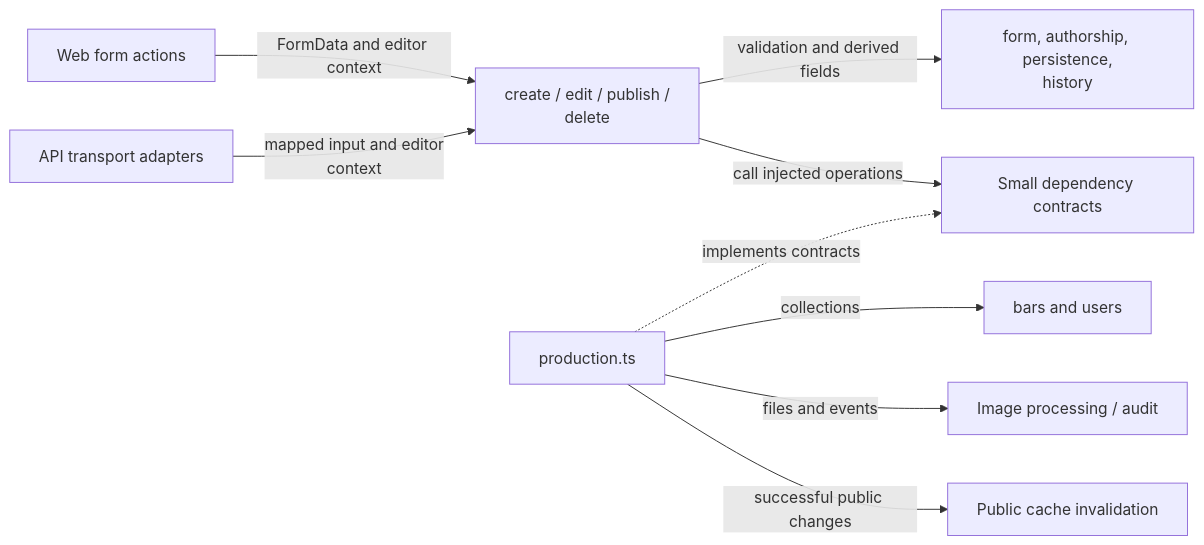
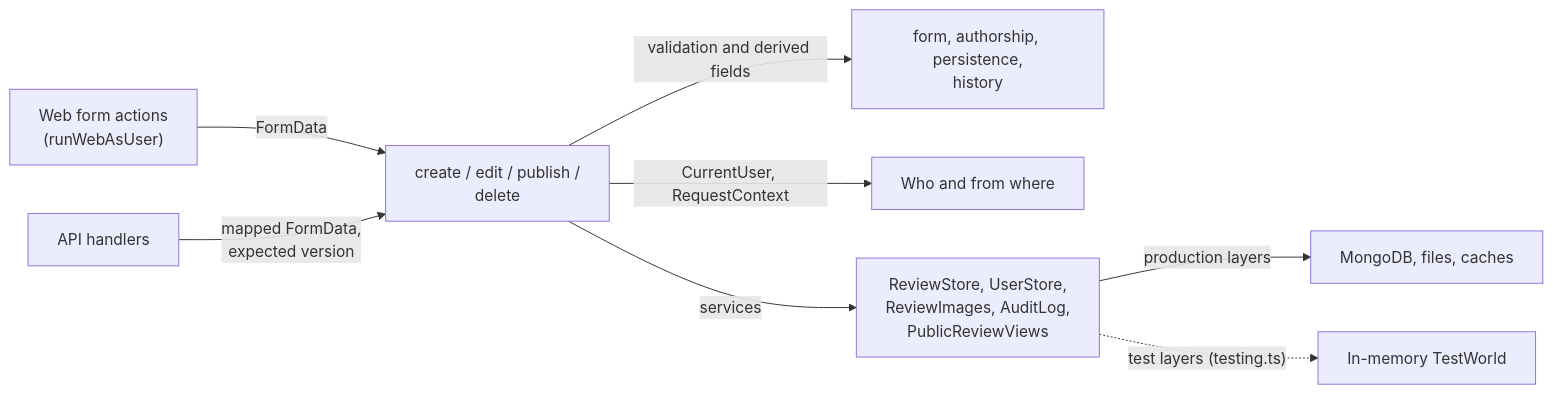
Before and after one commit to jonathan-lindqvist/enstorstarkreview: the first of 3 diagrams in src/lib/server/reviews/README.md, drawn with Mermaid. The commit also changed other lines of this file and 21 other files, not shown here.

Commit message:
docs: describe the Effect runtime, HttpApi and test layers

````diff
--- a/src/lib/server/reviews/README.md
+++ b/src/lib/server/reviews/README.md
@@ -11,11 +12,10 @@
 ```mermaid
 flowchart LR
-    Web["Web form actions"] -->|"FormData and editor context"| Workflows["create / edit / publish /<br/>delete"]
-    API["API transport adapters"] -->|"mapped input and editor<br/>context"| Workflows
+    Web["Web form actions<br/>(runWebAsUser)"] -->|"FormData"| Workflows["create / edit / publish /<br/>delete"]
+    API["API handlers"] -->|"mapped FormData,<br/>expected version"| Workflows
     Workflows -->|"validation and derived fields"| Rules["form, authorship, persistence,<br/>history"]
-    Workflows -->|"call injected operations"| Contracts["Small dependency contracts"]
-    Production["production.ts"] -.->|"implements contracts"| Contracts
-    Production -->|"collections"| DB["bars and users"]
-    Production -->|"files and events"| SideEffects["Image processing / audit"]
-    Production -->|"successful public changes"| Caches["Public cache invalidation"]
+    Workflows -->|"CurrentUser, RequestContext"| Context["Who and from where"]
+    Workflows -->|"services"| Services["ReviewStore, UserStore,<br/>ReviewImages, AuditLog,<br/>PublicReviewViews"]
+    Services -->|"production layers"| Prod["MongoDB, files, caches"]
+    Services -.->|"test layers (testing.ts)"| World["In-memory TestWorld"]
 ```
````
